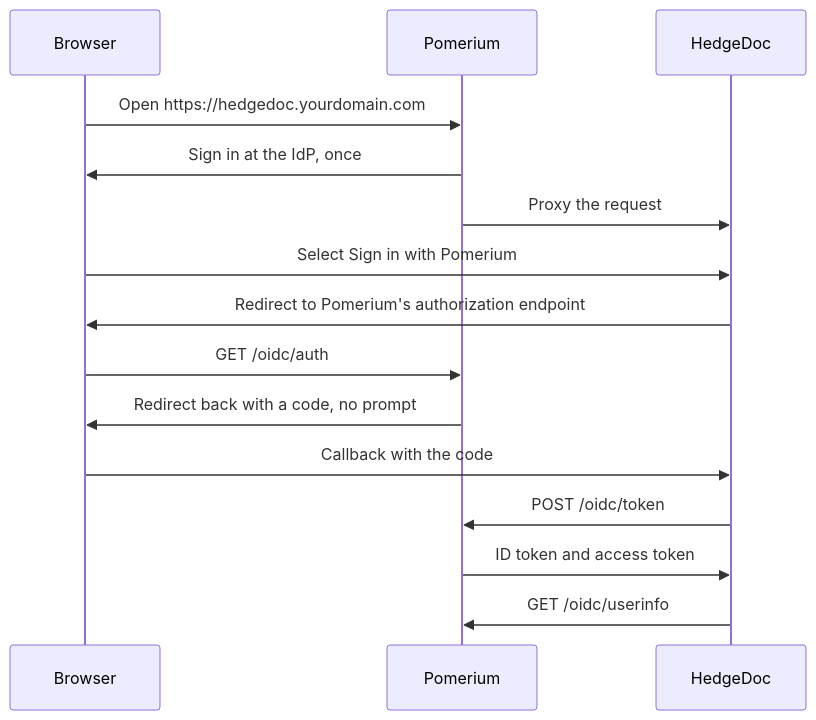
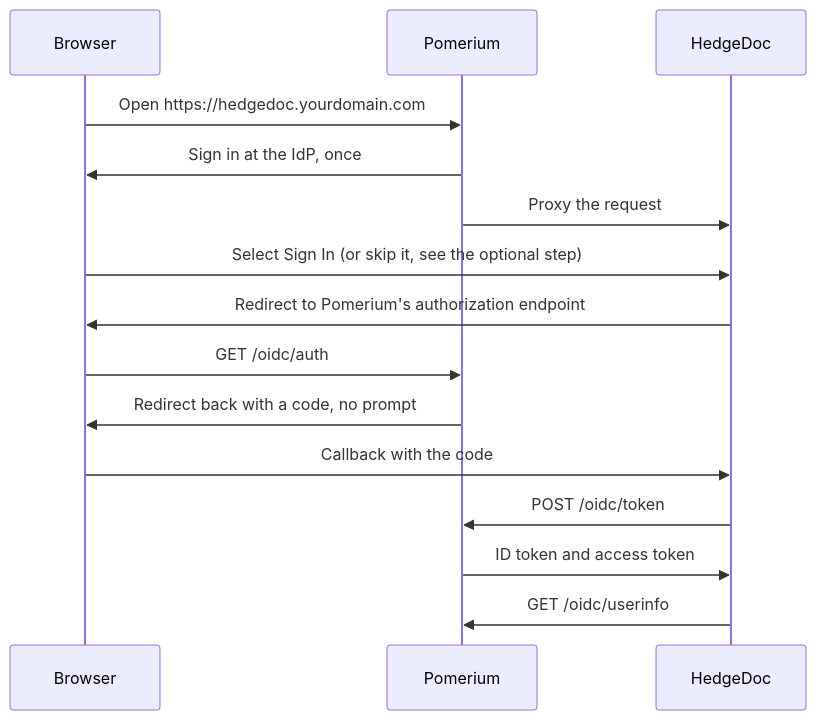
Before and after one commit to pomerium/documentation: the diagram in content/docs/guides/hedgedoc.mdx, drawn with Mermaid. The commit also changed other lines of this file and 6 other files, not shown here.

First line of the commit message:
docs(hedgedoc): fix OAuth2 enablement, add Pomerium sign-out and optional auto-login

````diff
--- a/content/docs/guides/hedgedoc.mdx
+++ b/content/docs/guides/hedgedoc.mdx
@@ -30,17 +31,17 @@
 ```mermaid
 sequenceDiagram
   participant B as Browser
   participant P as Pomerium
   participant H as HedgeDoc
   B->>P: Open https://hedgedoc.yourdomain.com
   P->>B: Sign in at the IdP, once
   P->>H: Proxy the request
-  B->>H: Select Sign in with Pomerium
+  B->>H: Select Sign In (or skip it, see the optional step)
   H->>B: Redirect to Pomerium's authorization endpoint
   B->>P: GET /oidc/auth
   P->>B: Redirect back with a code, no prompt
   B->>H: Callback with the code
   H->>P: POST /oidc/token
   P->>H: ID token and access token
   H->>P: GET /oidc/userinfo
 ```
````
